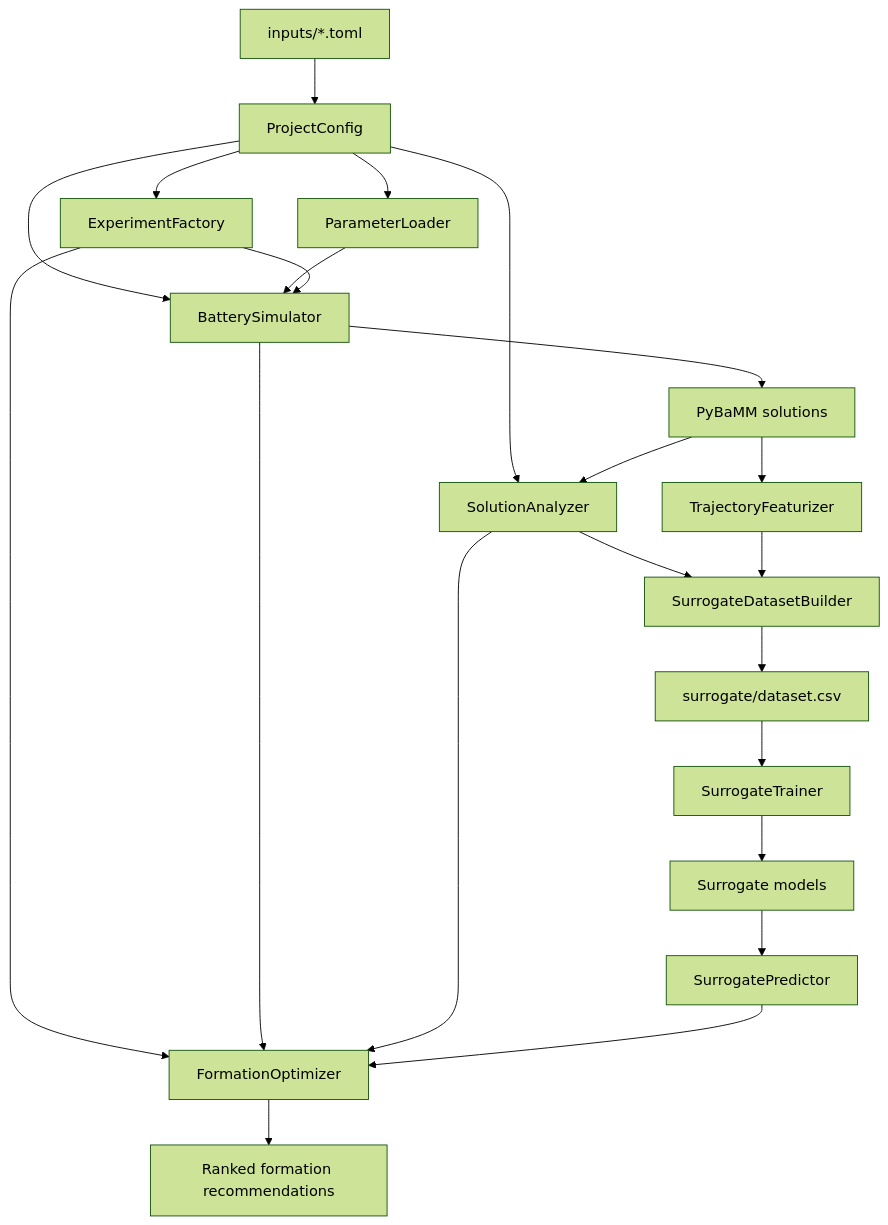
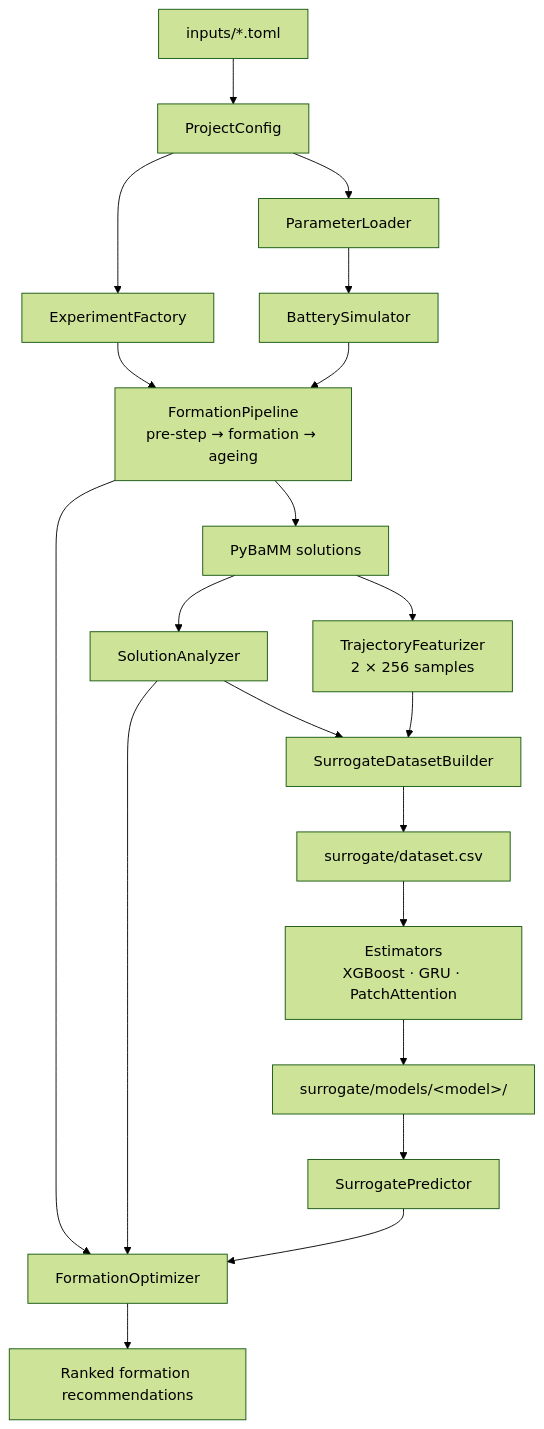
One commit to HE-BatCAT/formation_recommendation_system changed the diagram in README.md. Above: the diagram before and after it, drawn with Mermaid (forest theme). The commit also changed other lines of this file and 43 other files, not shown here.

````diff
--- a/README.md
+++ b/README.md
@@ -56,27 +77,24 @@
 ```mermaid
 flowchart TD
     A["inputs/*.toml"] --> B["ProjectConfig"]
     B --> C["ParameterLoader"]
     B --> D["ExperimentFactory"]
-    B --> E["BatterySimulator"]
-    B --> F["SolutionAnalyzer"]
+    C --> E["BatterySimulator"]
+    D --> P["FormationPipeline<br/>pre-step → formation → ageing"]
+    E --> P
+    P --> G["PyBaMM solutions"]
+    G --> F["SolutionAnalyzer"]
 
-    C --> E
-    D --> E
-    E --> G["PyBaMM solutions"]
-    G --> F
-
-    G --> H["TrajectoryFeaturizer"]
+    G --> H["TrajectoryFeaturizer<br/>2 × 256 samples"]
     F --> I["SurrogateDatasetBuilder"]
     H --> I
     I --> J["surrogate/dataset.csv"]
-    J --> K["SurrogateTrainer"]
-    K --> L["Surrogate models"]
+    J --> K["Estimators<br/>XGBoost · GRU · PatchAttention"]
+    K --> L["surrogate/models/&lt;model&gt;/"]
     L --> M["SurrogatePredictor"]
 
-    D --> N["FormationOptimizer"]
-    E --> N
+    P --> N["FormationOptimizer"]
     F --> N
     M --> N
     N --> O["Ranked formation recommendations"]
 ```
````
